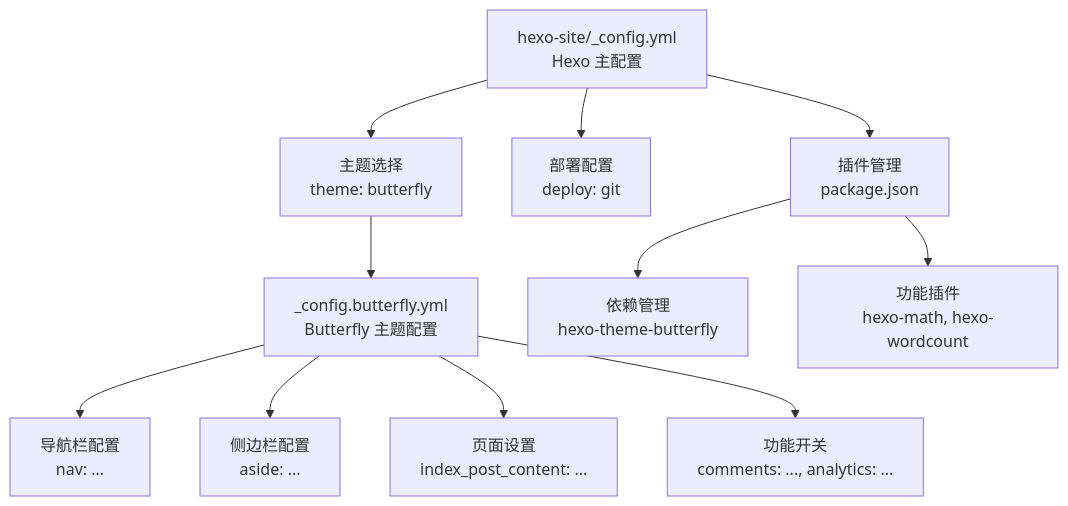
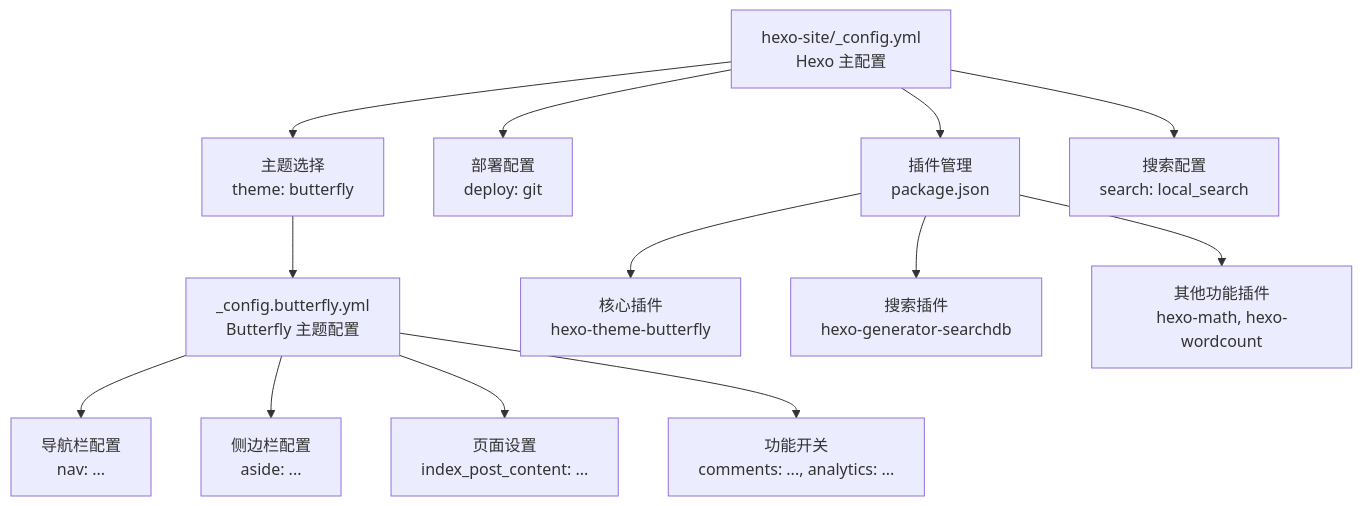
Before and after one commit to CoolPig0720/CoolPig0720.github.io: the diagram in .qoder/repowiki/zh/content/配置管理/核心站点配置.md, drawn with Mermaid. The commit also changed other lines of this file and 14 other files, not shown here.

````diff
--- a/.qoder/repowiki/zh/content/配置管理/核心站点配置.md
+++ b/.qoder/repowiki/zh/content/配置管理/核心站点配置.md
@@ -43,13 +44,15 @@
 ```mermaid
 graph TB
 A["hexo-site/_config.yml<br/>Hexo 主配置"] --> B["主题选择<br/>theme: butterfly"]
 A --> C["部署配置<br/>deploy: git"]
 A --> D["插件管理<br/>package.json"]
-B --> E["_config.butterfly.yml<br/>Butterfly 主题配置"]
-E --> F["导航栏配置<br/>nav: ..."]
-E --> G["侧边栏配置<br/>aside: ..."]
-E --> H["页面设置<br/>index_post_content: ..."]
-E --> I["功能开关<br/>comments: ..., analytics: ..."]
-D --> J["依赖管理<br/>hexo-theme-butterfly"]
-D --> K["功能插件<br/>hexo-math, hexo-wordcount"]
+A --> E["搜索配置<br/>search: local_search"]
+B --> F["_config.butterfly.yml<br/>Butterfly 主题配置"]
+F --> G["导航栏配置<br/>nav: ..."]
+F --> H["侧边栏配置<br/>aside: ..."]
+F --> I["页面设置<br/>index_post_content: ..."]
+F --> J["功能开关<br/>comments: ..., analytics: ..."]
+D --> K["核心插件<br/>hexo-theme-butterfly"]
+D --> L["搜索插件<br/>hexo-generator-searchdb"]
+D --> M["其他功能插件<br/>hexo-math, hexo-wordcount"]
 ```
````
